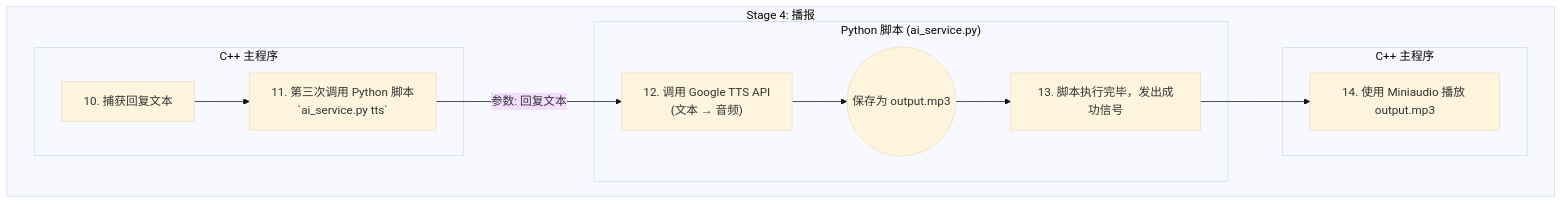
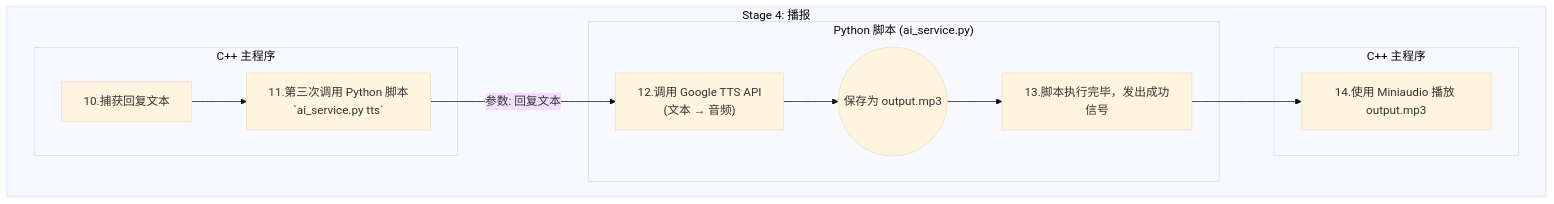
Before and after one commit to Jenwein/VoicePilot: the fourth of 4 diagrams in docs/FlowChart.md, drawn with Mermaid (base theme). The commit also changed other lines of this file and 6 other files, not shown here.

````diff
--- a/docs/FlowChart.md
+++ b/docs/FlowChart.md
@@ -48,22 +48,22 @@
 ```mermaid
 graph TD
 
   %% 阶段 4: 播报 (Speak)
     subgraph "Stage 4: 播报"
         subgraph "C++ 主程序"
-            P[10. 捕获回复文本]:::cpp;
-            P --> Q["11. 第三次调用 Python 脚本<br/>`ai_service.py tts`"]:::cpp;
+            P[10.捕获回复文本]:::cpp;
+            P --> Q["11.第三次调用 Python 脚本<br/>`ai_service.py tts`"]:::cpp;
         end
         
         subgraph "Python 脚本 (ai_service.py)"
-            Q -- "参数: 回复文本" --> R["12. 调用 Google TTS API\n(文本 → 音频)"]:::python
+            Q -- "参数: 回复文本" --> R["12.调用 Google TTS API\n(文本 → 音频)"]:::python
             R --> S((保存为 output.mp3)):::data;
-            S --> T[13. 脚本执行完毕，发出成功信号];
+            S --> T[13.脚本执行完毕，发出成功信号];
         end
 
         subgraph "C++ 主程序"
-            T --> U[14. 使用 Miniaudio 播放 output.mp3]:::cpp;
+            T --> U[14.使用 Miniaudio 播放 output.mp3]:::cpp;
         end
     end
     
 ```
````
